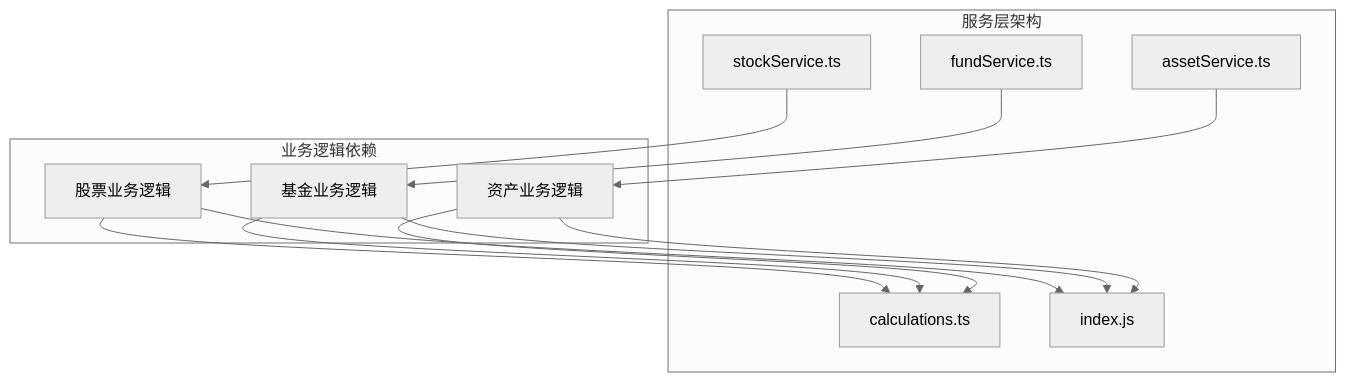
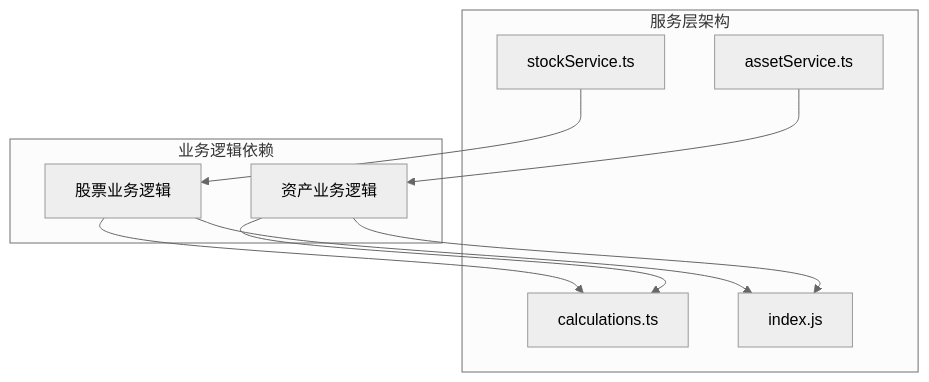
Diagram 16 of 17 in .qoder/repowiki/zh/content/资产管理/资产总览.md (xiao-lin-unit/yuan), drawn with Mermaid (neutral theme) before and after one commit. The commit also changed other lines of this file and 14 other files, not shown here.

````diff
--- a/.qoder/repowiki/zh/content/资产管理/资产总览.md
+++ b/.qoder/repowiki/zh/content/资产管理/资产总览.md
@@ -832,24 +696,19 @@
 ```mermaid
 graph TB
 subgraph "服务层架构"
 AS[assetService.ts]
 SS[stockService.ts]
-FS[fundService.ts]
 CAL[calculations.ts]
 DB[index.js]
 end
 subgraph "业务逻辑依赖"
 StockBusiness[股票业务逻辑]
-FundBusiness[基金业务逻辑]
 AssetBusiness[资产业务逻辑]
 end
 AS --> AssetBusiness
 SS --> StockBusiness
-FS --> FundBusiness
 StockBusiness --> CAL
-FundBusiness --> CAL
 AssetBusiness --> CAL
 StockBusiness --> DB
-FundBusiness --> DB
 AssetBusiness --> DB
 ```
````
